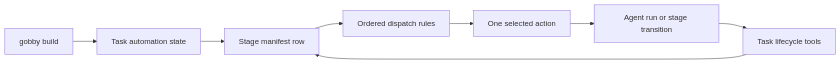
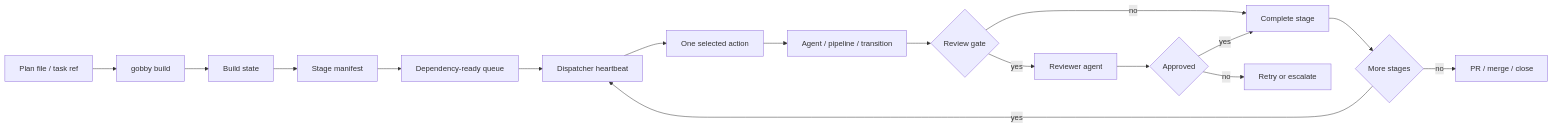
One commit to GobbyAI/gobby changed the diagram in docs/guides/orchestration.md. Above: the diagram before and after it, drawn with Mermaid. The commit also changed other lines of this file, not shown here.

Commit message:
[gobby-#14185] docs: refresh orchestration build lifecycle

````diff
--- a/docs/guides/orchestration.md
+++ b/docs/guides/orchestration.md
@@ -13,10 +13,19 @@
 ```mermaid
 flowchart LR
-    Build[gobby build] --> State[Task automation state]
-    State --> Manifest[Stage manifest row]
-    Manifest --> Rules[Ordered dispatch rules]
-    Rules --> Action[One selected action]
-    Action --> Agent[Agent run or stage transition]
-    Agent --> Lifecycle[Task lifecycle tools]
-    Lifecycle --> Manifest
+    Input[Plan file / task ref] --> Build[gobby build]
+    Build --> State[Build state]
+    State --> Manifest[Stage manifest]
+    Manifest --> Queue[Dependency-ready queue]
+    Queue --> Tick[Dispatcher heartbeat]
+    Tick --> Action[One selected action]
+    Action --> Work[Agent / pipeline / transition]
+    Work --> Review{Review gate}
+    Review -->|yes| Reviewer[Reviewer agent]
+    Review -->|no| Complete[Complete stage]
+    Reviewer --> Decision{Approved}
+    Decision -->|yes| Complete
+    Decision -->|no| Retry[Retry or escalate]
+    Complete --> Next{More stages}
+    Next -->|yes| Tick
+    Next -->|no| Delivery[PR / merge / close]
 ```
````
